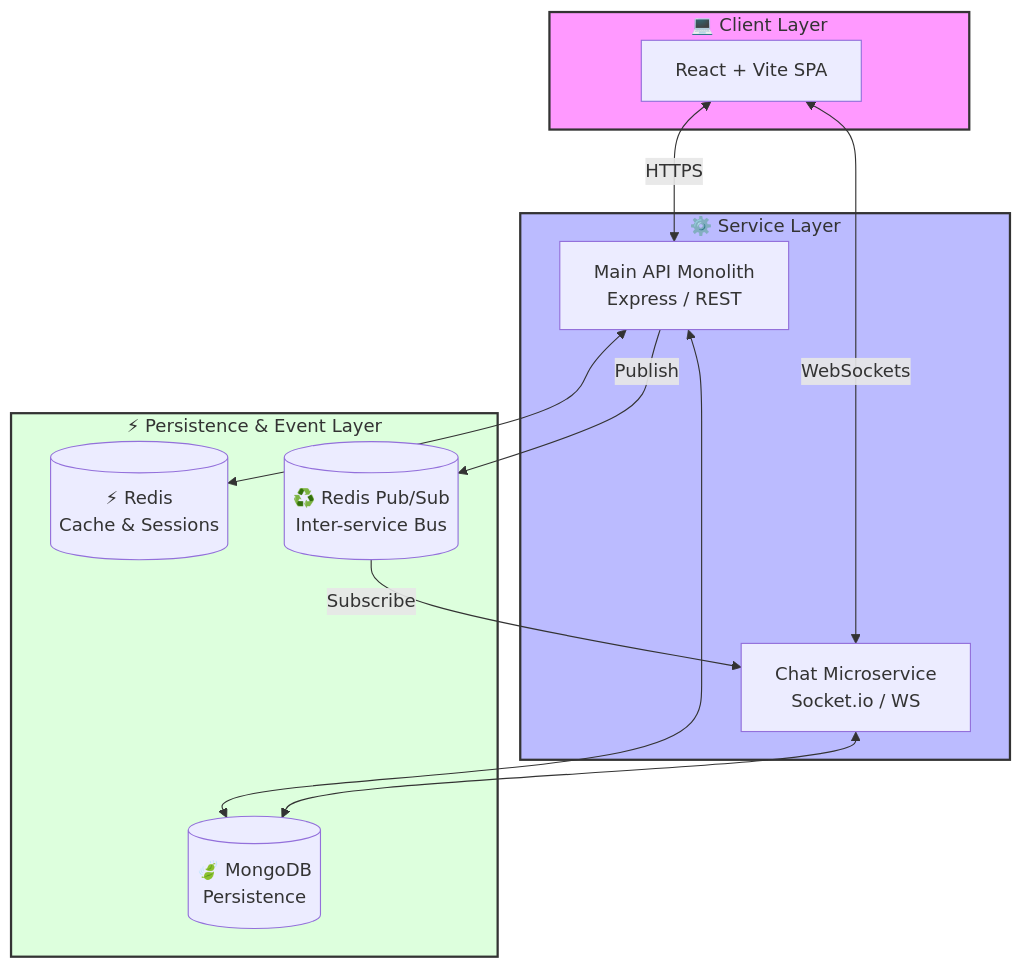
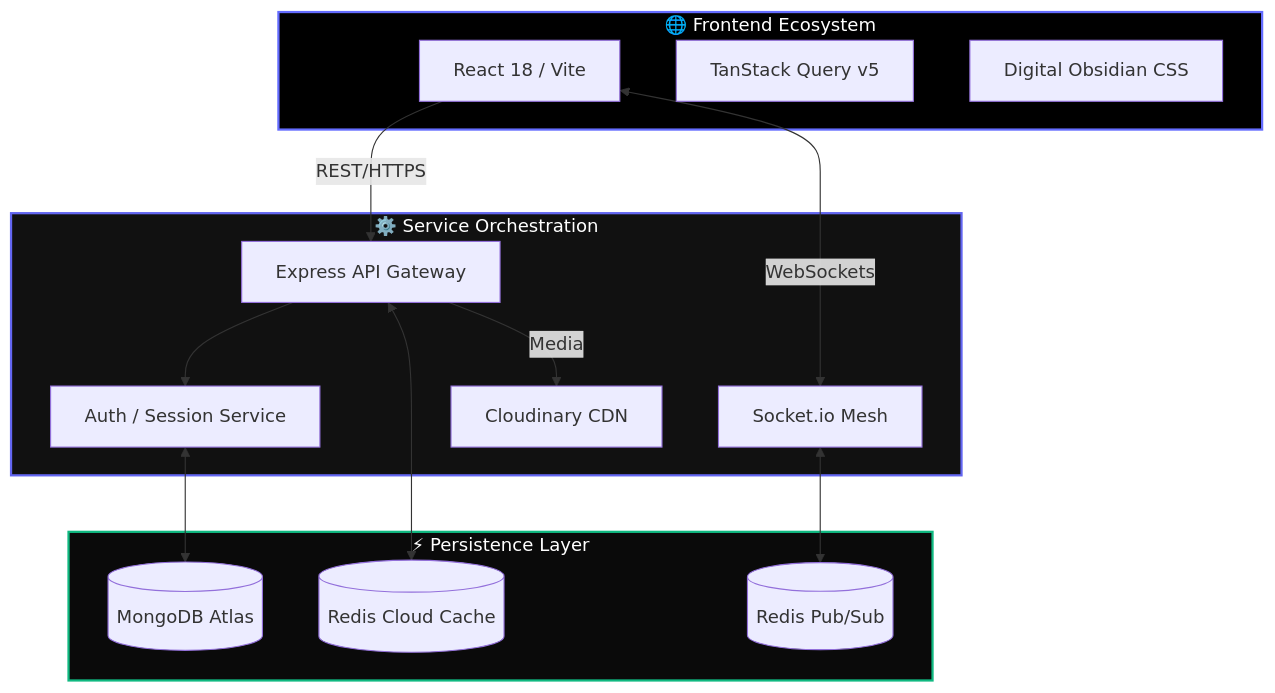
One commit to syedmukheeth/PeerNet changed the diagram in README.md. Above: the diagram before and after it, drawn with Mermaid. The commit also changed other lines of this file and 17 other files, not shown here.

````diff
--- a/README.md
+++ b/README.md
@@ -99,30 +55,33 @@
 ```mermaid
 graph TD
-    subgraph Client_Layer [💻 Client Layer]
-        Web[React + Vite SPA]
+    subgraph Frontend_Ecosystem [🌐 Frontend Ecosystem]
+        UI[React 18 / Vite]
+        State[TanStack Query v5]
+        Theme[Digital Obsidian CSS]
     end
 
-    subgraph Service_Layer [⚙️ Service Layer]
-        API[Main API Monolith<br/>Express / REST]
-        Chat[Chat Microservice<br/>Socket.io / WS]
+    subgraph Service_Orchestration [⚙️ Service Orchestration]
+        Gateway[Express API Gateway]
+        Auth[Auth / Session Service]
+        RealTime[Socket.io Mesh]
+        Storage[Cloudinary CDN]
     end
 
-    subgraph Data_Layer [⚡ Persistence & Event Layer]
-        DB[(🍃 MongoDB<br/>Persistence)]
-        Cache[(⚡ Redis<br/>Cache & Sessions)]
-        Bus[(♻️ Redis Pub/Sub<br/>Inter-service Bus)]
+    subgraph Persistence_Layer [⚡ Persistence Layer]
+        Atlas[(MongoDB Atlas)]
+        Edge[(Redis Cloud Cache)]
+        Bus[(Redis Pub/Sub)]
     end
 
-    Web <-->|HTTPS| API
-    Web <-->|WebSockets| Chat
+    UI -->|REST/HTTPS| Gateway
+    UI <-->|WebSockets| RealTime
+    Gateway --> Auth
+    Auth <--> Atlas
+    Gateway <--> Edge
+    RealTime <--> Bus
+    Gateway -->|Media| Storage
     
-    API <--> DB
-    API <--> Cache
-    API -->|Publish| Bus
-    Bus -->|Subscribe| Chat
-    Chat <--> DB
-    
-    style Client_Layer fill:#f9f,stroke:#333,stroke-width:2px
-    style Service_Layer fill:#bbf,stroke:#333,stroke-width:2px
-    style Data_Layer fill:#dfd,stroke:#333,stroke-width:2px
+    style Frontend_Ecosystem fill:#000,stroke:#646CFF,stroke-width:2px,color:#fff
+    style Service_Orchestration fill:#111,stroke:#6366F1,stroke-width:2px,color:#fff
+    style Persistence_Layer fill:#0a0a0a,stroke:#10B981,stroke-width:2px,color:#fff
 ```
````
